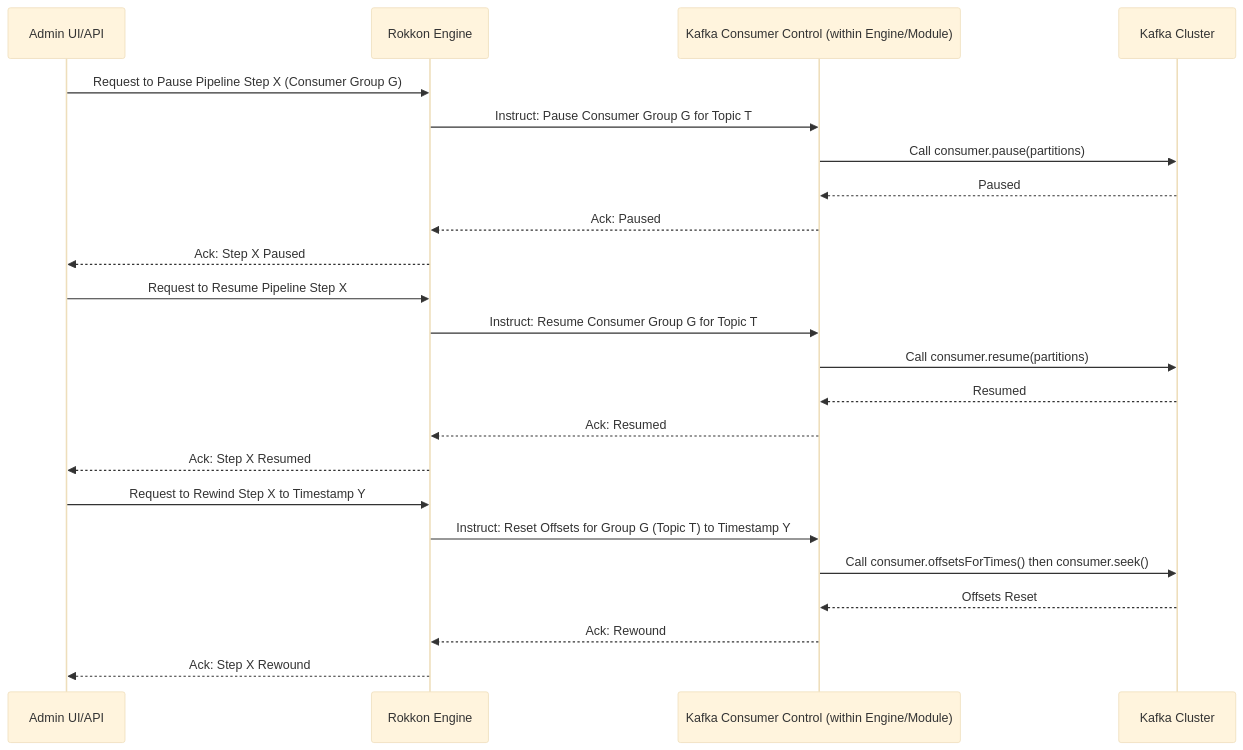
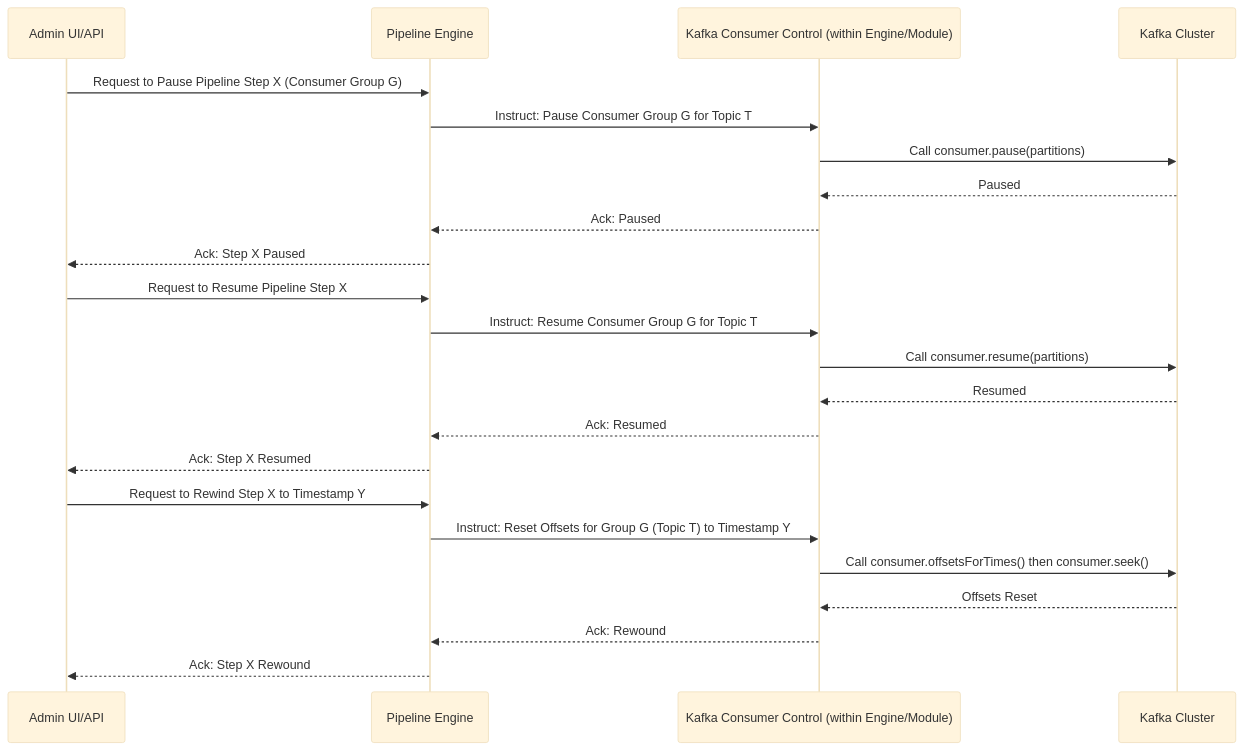
One commit to krickert/rokkon changed the second of 3 diagrams in ARCHITECTURE/Kafka_integration.md. Above: the diagram before and after it, drawn with Mermaid (base theme). The commit also changed other lines of this file and 75 other files, not shown here.

````diff
--- a/ARCHITECTURE/Kafka_integration.md
+++ b/ARCHITECTURE/Kafka_integration.md
@@ -94,30 +94,30 @@
 ```mermaid
 sequenceDiagram
     participant AdminUI as Admin UI/API
-    participant RokkonEngine as Rokkon Engine
+    participant PipelineEngine as Pipeline Engine
     participant KafkaConsumerControl as Kafka Consumer Control (within Engine/Module)
     participant Kafka as Kafka Cluster
 
-    AdminUI ->> RokkonEngine: Request to Pause Pipeline Step X (Consumer Group G)
-    RokkonEngine ->> KafkaConsumerControl: Instruct: Pause Consumer Group G for Topic T
+    AdminUI ->> PipelineEngine: Request to Pause Pipeline Step X (Consumer Group G)
+    PipelineEngine ->> KafkaConsumerControl: Instruct: Pause Consumer Group G for Topic T
     KafkaConsumerControl ->> Kafka: Call consumer.pause(partitions)
     Kafka -->> KafkaConsumerControl: Paused
-    KafkaConsumerControl -->> RokkonEngine: Ack: Paused
-    RokkonEngine -->> AdminUI: Ack: Step X Paused
+    KafkaConsumerControl -->> PipelineEngine: Ack: Paused
+    PipelineEngine -->> AdminUI: Ack: Step X Paused
 
     %% Later %%
-    AdminUI ->> RokkonEngine: Request to Resume Pipeline Step X
-    RokkonEngine ->> KafkaConsumerControl: Instruct: Resume Consumer Group G for Topic T
+    AdminUI ->> PipelineEngine: Request to Resume Pipeline Step X
+    PipelineEngine ->> KafkaConsumerControl: Instruct: Resume Consumer Group G for Topic T
     KafkaConsumerControl ->> Kafka: Call consumer.resume(partitions)
     Kafka -->> KafkaConsumerControl: Resumed
-    KafkaConsumerControl -->> RokkonEngine: Ack: Resumed
-    RokkonEngine -->> AdminUI: Ack: Step X Resumed
+    KafkaConsumerControl -->> PipelineEngine: Ack: Resumed
+    PipelineEngine -->> AdminUI: Ack: Step X Resumed
 
     %% Rewind Example %%
-    AdminUI ->> RokkonEngine: Request to Rewind Step X to Timestamp Y
-    RokkonEngine ->> KafkaConsumerControl: Instruct: Reset Offsets for Group G (Topic T) to Timestamp Y
+    AdminUI ->> PipelineEngine: Request to Rewind Step X to Timestamp Y
+    PipelineEngine ->> KafkaConsumerControl: Instruct: Reset Offsets for Group G (Topic T) to Timestamp Y
     KafkaConsumerControl ->> Kafka: Call consumer.offsetsForTimes() then consumer.seek()
     Kafka -->> KafkaConsumerControl: Offsets Reset
-    KafkaConsumerControl -->> RokkonEngine: Ack: Rewound
-    RokkonEngine -->> AdminUI: Ack: Step X Rewound
+    KafkaConsumerControl -->> PipelineEngine: Ack: Rewound
+    PipelineEngine -->> AdminUI: Ack: Step X Rewound
 ```
````
